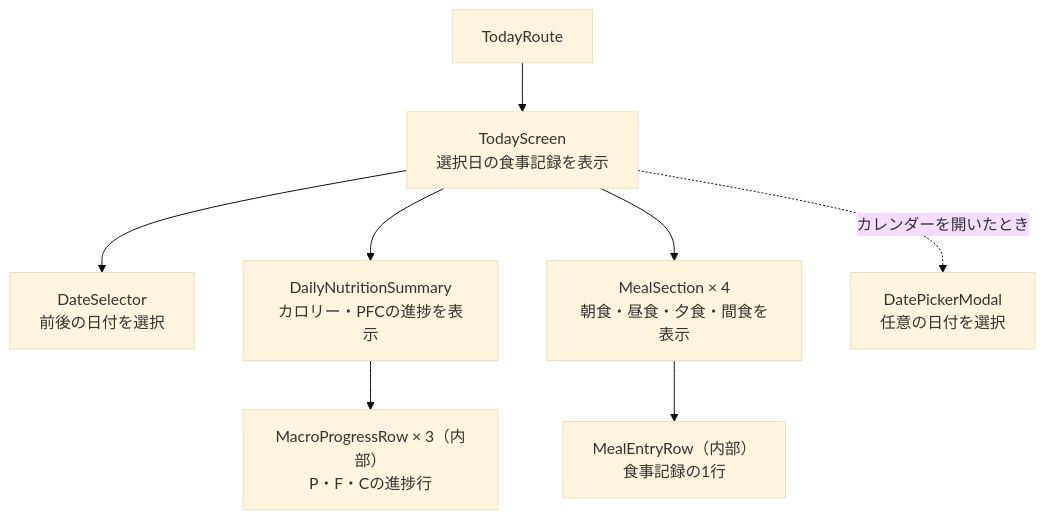
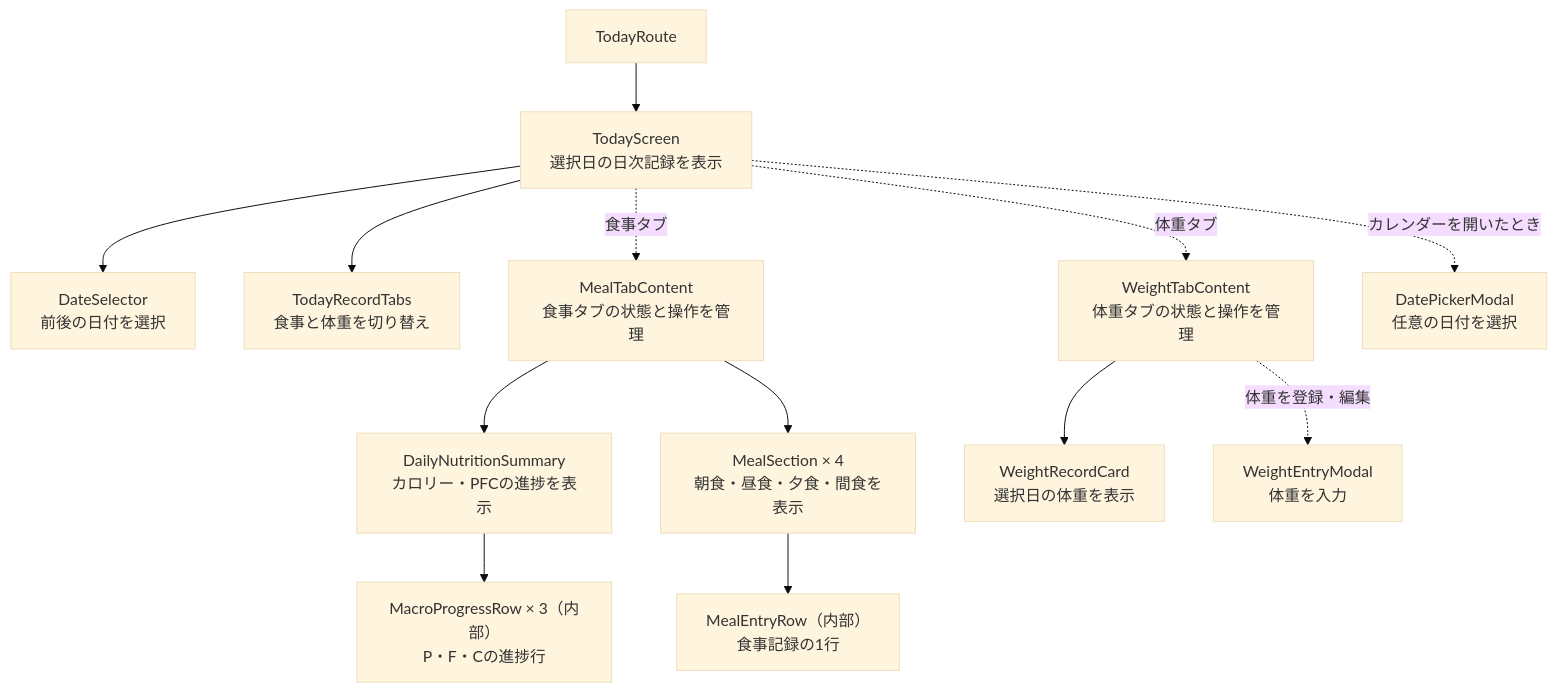
The second of 8 diagrams in docs/component-map.md (takahashi-toshiya/FoodLog), drawn with Mermaid (base theme) before and after one commit. The commit also changed 23 other files, not shown here.

Commit message:
feat: add daily weight tracking

````diff
--- a/docs/component-map.md
+++ b/docs/component-map.md
@@ -36,10 +36,15 @@
 ```mermaid
 flowchart TD
-  TodayRoute["TodayRoute"] --> TodayScreen["TodayScreen<br/>選択日の食事記録を表示"]
+  TodayRoute["TodayRoute"] --> TodayScreen["TodayScreen<br/>選択日の日次記録を表示"]
   TodayScreen --> DateSelector["DateSelector<br/>前後の日付を選択"]
-  TodayScreen --> DailyNutritionSummary["DailyNutritionSummary<br/>カロリー・PFCの進捗を表示"]
+  TodayScreen --> TodayRecordTabs["TodayRecordTabs<br/>食事と体重を切り替え"]
+  TodayScreen -. 食事タブ .-> MealTabContent["MealTabContent<br/>食事タブの状態と操作を管理"]
+  MealTabContent --> DailyNutritionSummary["DailyNutritionSummary<br/>カロリー・PFCの進捗を表示"]
   DailyNutritionSummary --> MacroProgressRow["MacroProgressRow × 3（内部）<br/>P・F・Cの進捗行"]
-  TodayScreen --> MealSection["MealSection × 4<br/>朝食・昼食・夕食・間食を表示"]
+  MealTabContent --> MealSection["MealSection × 4<br/>朝食・昼食・夕食・間食を表示"]
   MealSection --> MealEntryRow["MealEntryRow（内部）<br/>食事記録の1行"]
+  TodayScreen -. 体重タブ .-> WeightTabContent["WeightTabContent<br/>体重タブの状態と操作を管理"]
+  WeightTabContent --> WeightRecordCard["WeightRecordCard<br/>選択日の体重を表示"]
+  WeightTabContent -. 体重を登録・編集 .-> WeightEntryModal["WeightEntryModal<br/>体重を入力"]
   TodayScreen -. カレンダーを開いたとき .-> DatePickerModal["DatePickerModal<br/>任意の日付を選択"]
 ```
````
